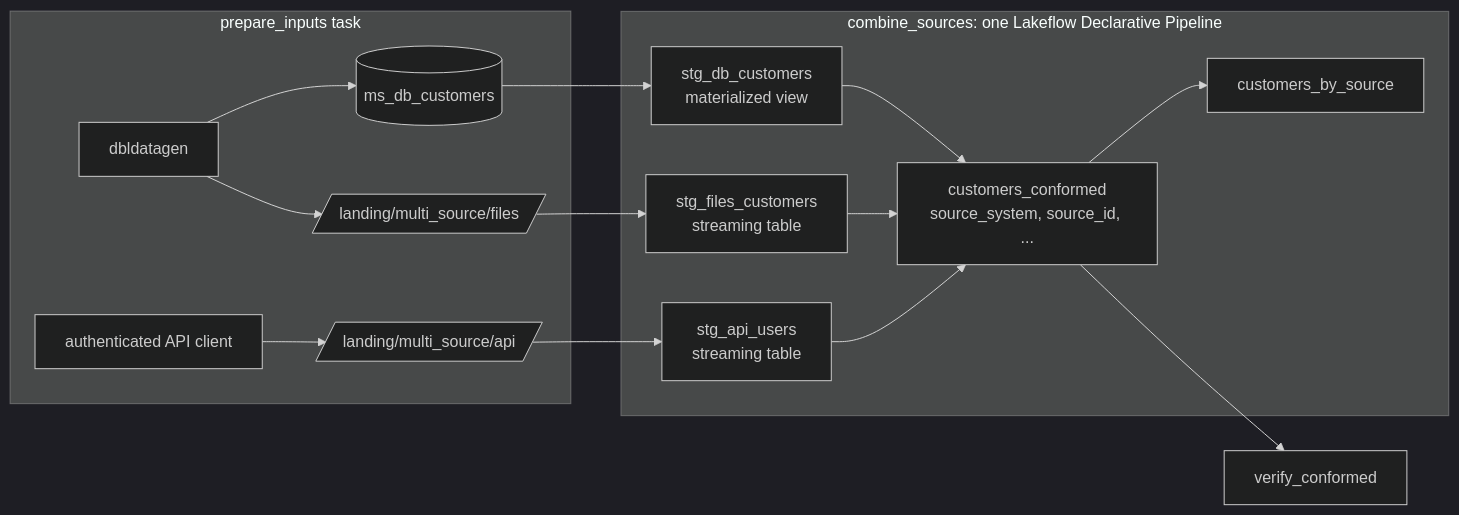
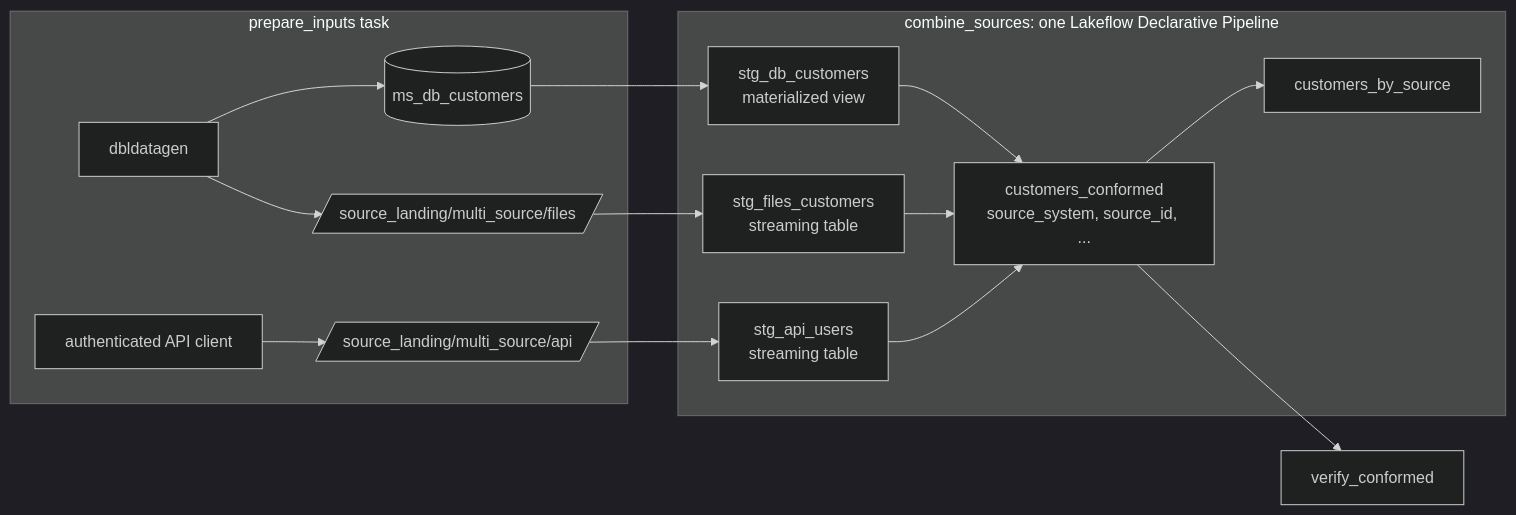
One commit to pengbricks/pengbricks-app-capabilities-walkthrough changed the diagram in reference/source-ingestion/guides/multi-source-pipeline.md. Above: the diagram before and after it, drawn with Mermaid (dark theme). The commit also changed 207 other files, not shown here.

First line of the commit message:
Move every reference bundle to one shared schema

````diff
--- a/reference/source-ingestion/guides/multi-source-pipeline.md
+++ b/reference/source-ingestion/guides/multi-source-pipeline.md
@@ -19,18 +19,18 @@
 ```mermaid
 flowchart LR
   subgraph Prepare[prepare_inputs task]
     gen[dbldatagen] --> dbt[(ms_db_customers)]
-    gen --> csv[/landing/multi_source/files/]
-    api[authenticated API client] --> json[/landing/multi_source/api/]
+    gen --> csv[/source_landing/multi_source/files/]
+    api[authenticated API client] --> json[/source_landing/multi_source/api/]
   end
   subgraph LDP[combine_sources: one Lakeflow Declarative Pipeline]
     dbt --> sdb[stg_db_customers<br/>materialized view]
     csv --> sf[stg_files_customers<br/>streaming table]
     json --> sa[stg_api_users<br/>streaming table]
     sdb --> conf[customers_conformed<br/>source_system, source_id, ...]
     sf --> conf
     sa --> conf
     conf --> by[customers_by_source]
   end
   conf --> verify[verify_conformed]
 ```
````
